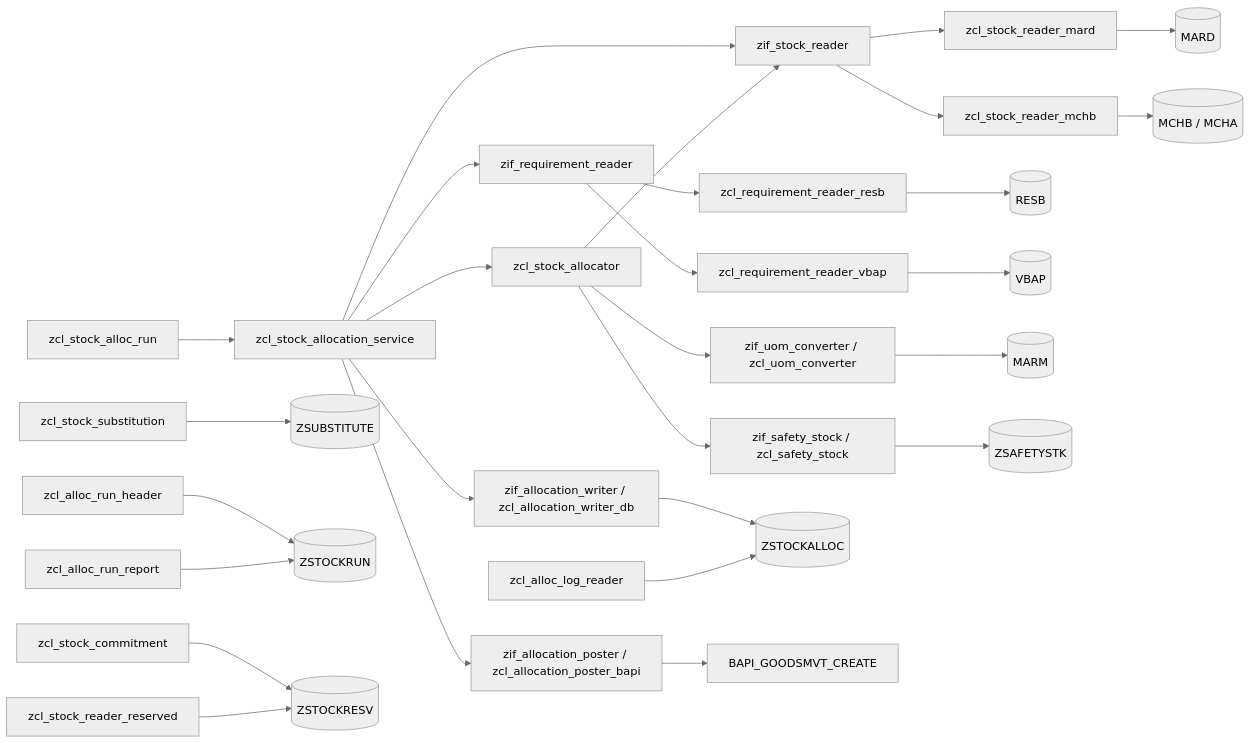
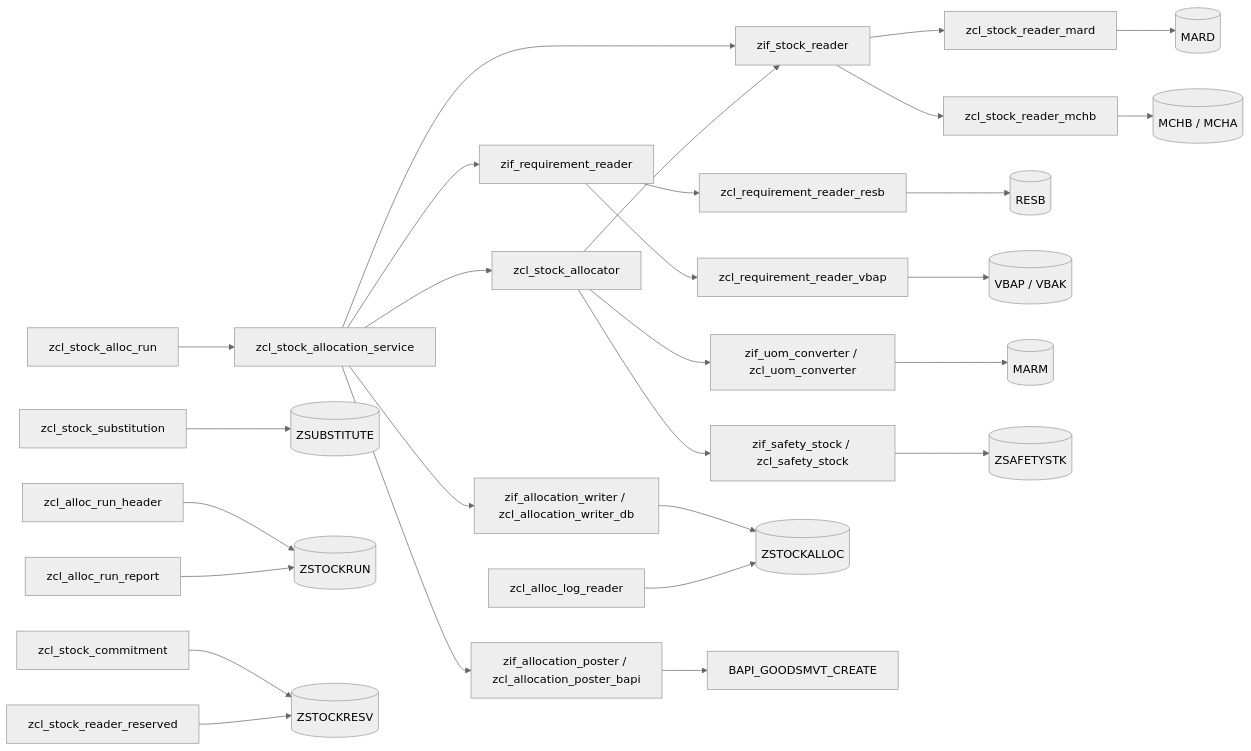
One commit to larshp/stock-allocation-fun changed the diagram in README.md. Above: the diagram before and after it, drawn with Mermaid (neutral theme). The commit also changed other lines of this file and 7 other files, not shown here.

````diff
--- a/README.md
+++ b/README.md
@@ -47,50 +47,50 @@
 ```mermaid
 flowchart LR
   SVC[zcl_stock_allocation_service]
   SR[zif_stock_reader]
   SRM[zcl_stock_reader_mard]
   SRB[zcl_stock_reader_mchb]
   RR[zif_requirement_reader]
   RRS[zcl_requirement_reader_resb]
   RRV[zcl_requirement_reader_vbap]
   AL[zcl_stock_allocator]
   UC[zif_uom_converter / zcl_uom_converter]
   WR[zif_allocation_writer / zcl_allocation_writer_db]
   PO[zif_allocation_poster / zcl_allocation_poster_bapi]
   RUN[zcl_stock_alloc_run]
   LR[zcl_alloc_log_reader]
   SUB[zcl_stock_substitution]
   RH[zcl_alloc_run_header]
   RRPT[zcl_alloc_run_report]
   CMT[zcl_stock_commitment]
   RSRV[zcl_stock_reader_reserved]
   SAFE[zif_safety_stock / zcl_safety_stock]
 
   RUN --> SVC
   SVC --> SR
   SVC --> RR
   SVC --> AL
   SVC --> WR
   SVC --> PO
   AL --> SR
   AL --> UC
   SR --> SRM
   SR --> SRB
   RR --> RRS
   RR --> RRV
   SRM --> MARD[(MARD)]
   SRB --> MCHB[(MCHB / MCHA)]
   RRS --> RESB[(RESB)]
-  RRV --> VBAP[(VBAP)]
+  RRV --> VBAP[(VBAP / VBAK)]
   UC --> MARM[(MARM)]
   WR --> LOG[(ZSTOCKALLOC)]
   LR --> LOG[(ZSTOCKALLOC)]
   SUB --> ZSUB[(ZSUBSTITUTE)]
   RH --> ZRUN[(ZSTOCKRUN)]
   RRPT --> ZRUN[(ZSTOCKRUN)]
   CMT --> RESV[(ZSTOCKRESV)]
   RSRV --> RESV[(ZSTOCKRESV)]
   AL --> SAFE
   SAFE --> SAFET[(ZSAFETYSTK)]
   PO --> BAPI[BAPI_GOODSMVT_CREATE]
 ```
````
